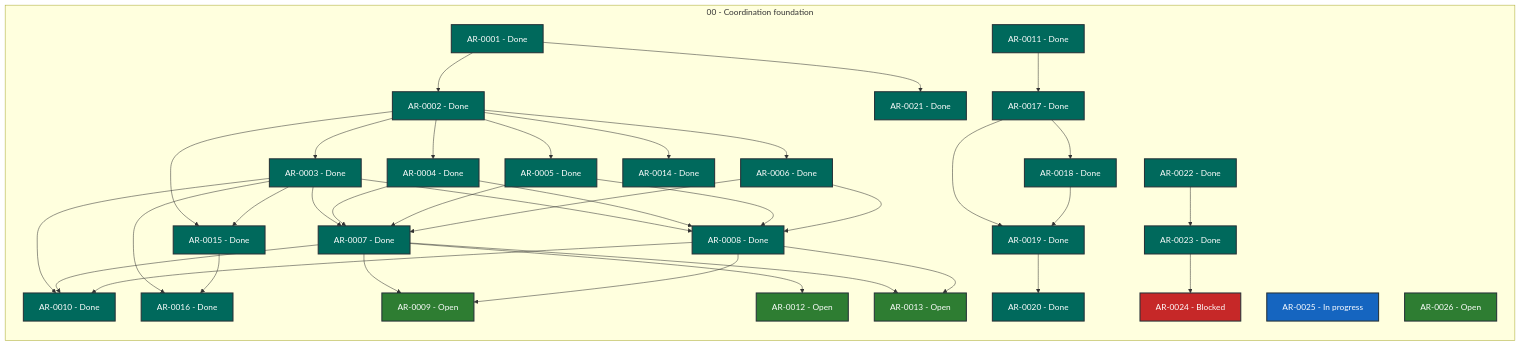
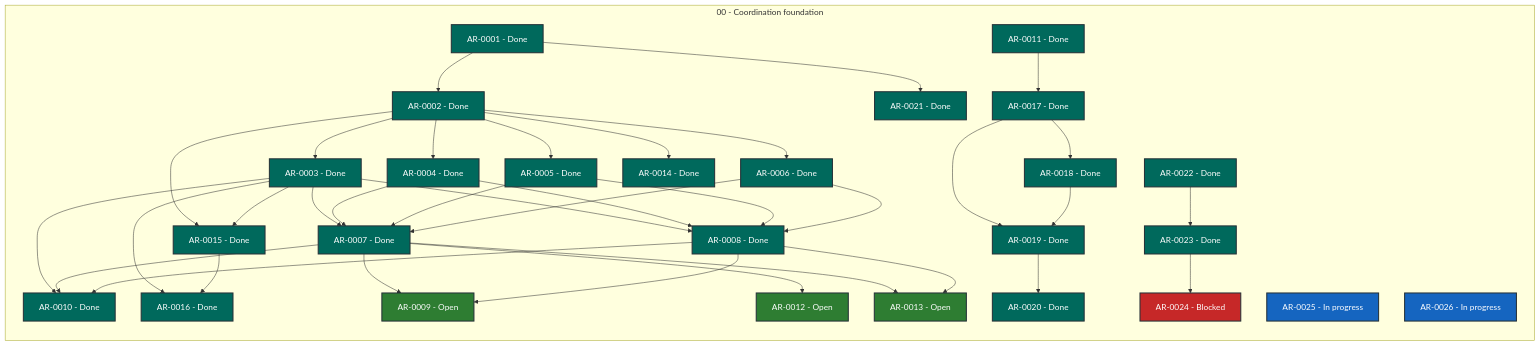
The diagram in STATUS.md (martin-beck/agent-workflow-coordinator-state), drawn with Mermaid before and after one commit. The commit also changed other lines of this file and 2 other files, not shown here.

````diff
--- a/STATUS.md
+++ b/STATUS.md
@@ -27,74 +27,74 @@
 ```mermaid
 flowchart LR
     subgraph series_00["00 - Coordination foundation"]
         direction TB
         AR_0001["AR-0001 - Done"]:::status_done
         AR_0002["AR-0002 - Done"]:::status_done
         AR_0003["AR-0003 - Done"]:::status_done
         AR_0004["AR-0004 - Done"]:::status_done
         AR_0005["AR-0005 - Done"]:::status_done
         AR_0006["AR-0006 - Done"]:::status_done
         AR_0007["AR-0007 - Done"]:::status_done
         AR_0008["AR-0008 - Done"]:::status_done
         AR_0009["AR-0009 - Open"]:::status_open
         AR_0010["AR-0010 - Done"]:::status_done
         AR_0011["AR-0011 - Done"]:::status_done
         AR_0012["AR-0012 - Open"]:::status_open
         AR_0013["AR-0013 - Open"]:::status_open
         AR_0014["AR-0014 - Done"]:::status_done
         AR_0015["AR-0015 - Done"]:::status_done
         AR_0016["AR-0016 - Done"]:::status_done
         AR_0017["AR-0017 - Done"]:::status_done
         AR_0018["AR-0018 - Done"]:::status_done
         AR_0019["AR-0019 - Done"]:::status_done
         AR_0020["AR-0020 - Done"]:::status_done
         AR_0021["AR-0021 - Done"]:::status_done
         AR_0022["AR-0022 - Done"]:::status_done
         AR_0023["AR-0023 - Done"]:::status_done
         AR_0024["AR-0024 - Blocked"]:::status_blocked
         AR_0025["AR-0025 - In progress"]:::status_in_progress
-        AR_0026["AR-0026 - Open"]:::status_open
+        AR_0026["AR-0026 - In progress"]:::status_in_progress
     end
     AR_0001 --> AR_0002
     AR_0001 --> AR_0021
     AR_0002 --> AR_0003
     AR_0002 --> AR_0004
     AR_0002 --> AR_0005
     AR_0002 --> AR_0006
     AR_0002 --> AR_0014
     AR_0002 --> AR_0015
     AR_0003 --> AR_0007
     AR_0003 --> AR_0008
     AR_0003 --> AR_0010
     AR_0003 --> AR_0015
     AR_0003 --> AR_0016
     AR_0004 --> AR_0007
     AR_0004 --> AR_0008
     AR_0005 --> AR_0007
     AR_0005 --> AR_0008
     AR_0006 --> AR_0007
     AR_0006 --> AR_0008
     AR_0007 --> AR_0009
     AR_0007 --> AR_0010
     AR_0007 --> AR_0012
     AR_0007 --> AR_0013
     AR_0008 --> AR_0009
     AR_0008 --> AR_0010
     AR_0008 --> AR_0013
     AR_0011 --> AR_0017
     AR_0015 --> AR_0016
     AR_0017 --> AR_0018
     AR_0017 --> AR_0019
     AR_0018 --> AR_0019
     AR_0019 --> AR_0020
     AR_0022 --> AR_0023
     AR_0023 --> AR_0024
     classDef status_in_progress fill:#1565c0,color:#ffffff,stroke:#263238,stroke-width:2px
     classDef status_open fill:#2e7d32,color:#ffffff,stroke:#263238,stroke-width:2px
     classDef status_blocked fill:#c62828,color:#ffffff,stroke:#263238,stroke-width:2px
     classDef status_planned fill:#6a1b9a,color:#ffffff,stroke:#263238,stroke-width:2px
     classDef status_future fill:#455a64,color:#ffffff,stroke:#263238,stroke-width:2px
     classDef status_done fill:#00695c,color:#ffffff,stroke:#263238,stroke-width:2px
     classDef status_cancelled fill:#616161,color:#ffffff,stroke:#263238,stroke-width:2px
     classDef status_superseded fill:#5d4037,color:#ffffff,stroke:#263238,stroke-width:2px
 ```
````
